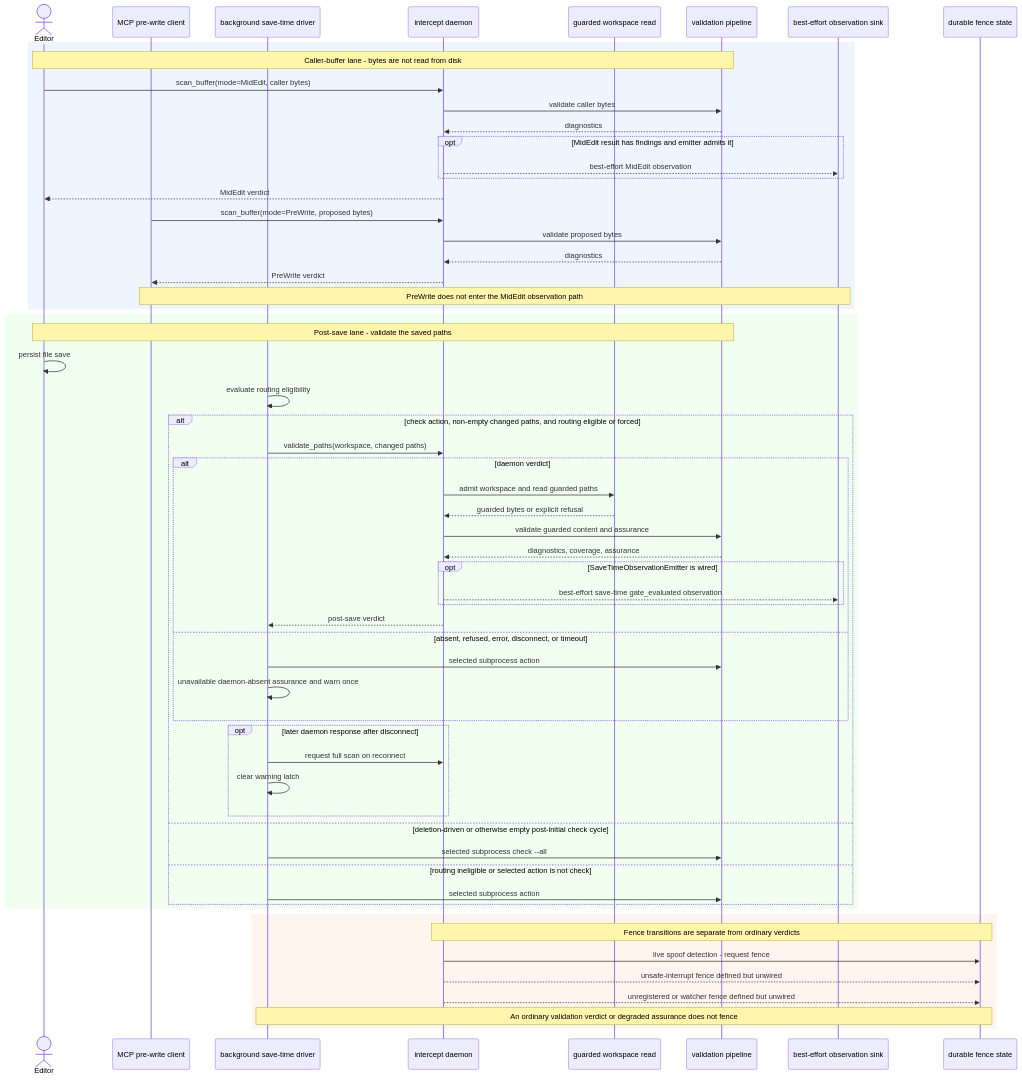
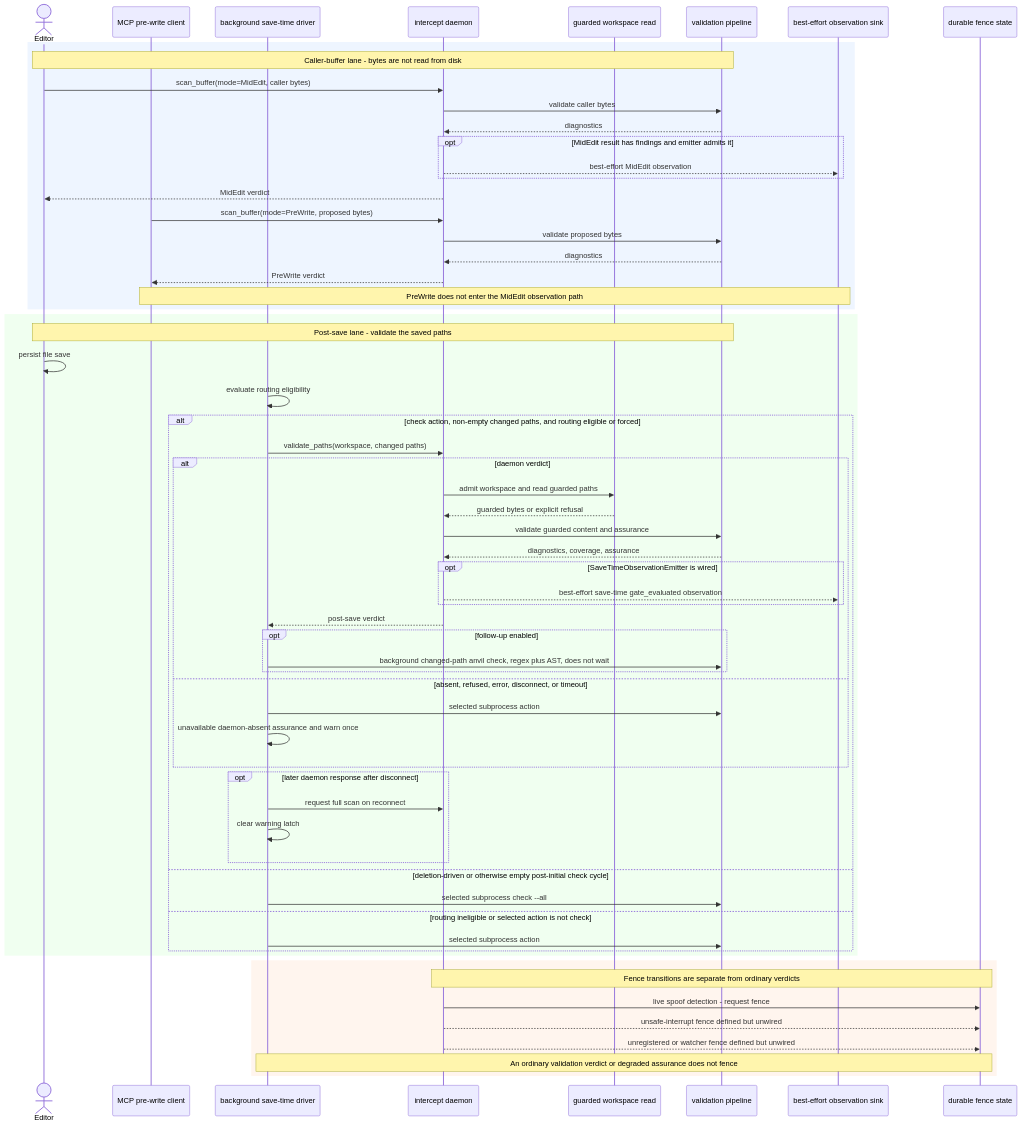
One commit to eddacraft/eddacraft-tui changed the diagram in docs/architecture/save-to-validation.md. Above: the diagram before and after it, drawn with Mermaid. The commit also changed other lines of this file and 3 other files, not shown here.

First line of the commit message:
docs(architecture): record GTAO-003 follow-up on save path

````diff
--- a/docs/architecture/save-to-validation.md
+++ b/docs/architecture/save-to-validation.md
@@ -22,65 +22,68 @@
 ```mermaid
 sequenceDiagram
     actor Editor
     participant MCP as MCP pre-write client
     participant Driver as background save-time driver
     participant Daemon as intercept daemon
     participant Guard as guarded workspace read
     participant Checks as validation pipeline
     participant Observe as best-effort observation sink
     participant Fence as durable fence state
 
     rect rgb(238, 245, 255)
         Note over Editor,Checks: Caller-buffer lane - bytes are not read from disk
         Editor->>Daemon: scan_buffer(mode=MidEdit, caller bytes)
         Daemon->>Checks: validate caller bytes
         Checks-->>Daemon: diagnostics
         opt MidEdit result has findings and emitter admits it
             Daemon-->>Observe: best-effort MidEdit observation
         end
         Daemon-->>Editor: MidEdit verdict
         MCP->>Daemon: scan_buffer(mode=PreWrite, proposed bytes)
         Daemon->>Checks: validate proposed bytes
         Checks-->>Daemon: diagnostics
         Daemon-->>MCP: PreWrite verdict
         Note over MCP,Observe: PreWrite does not enter the MidEdit observation path
     end
 
     rect rgb(240, 255, 240)
         Note over Editor,Checks: Post-save lane - validate the saved paths
         Editor->>Editor: persist file save
         Driver->>Driver: evaluate routing eligibility
         alt check action, non-empty changed paths, and routing eligible or forced
             Driver->>Daemon: validate_paths(workspace, changed paths)
             alt daemon verdict
                 Daemon->>Guard: admit workspace and read guarded paths
                 Guard-->>Daemon: guarded bytes or explicit refusal
                 Daemon->>Checks: validate guarded content and assurance
                 Checks-->>Daemon: diagnostics, coverage, assurance
                 opt SaveTimeObservationEmitter is wired
                     Daemon-->>Observe: best-effort save-time gate_evaluated observation
                 end
                 Daemon-->>Driver: post-save verdict
+                opt follow-up enabled
+                    Driver->>Checks: background changed-path anvil check, regex plus AST, does not wait
+                end
             else absent, refused, error, disconnect, or timeout
                 Driver->>Checks: selected subprocess action
                 Driver->>Driver: unavailable daemon-absent assurance and warn once
             end
             opt later daemon response after disconnect
                 Driver->>Daemon: request full scan on reconnect
                 Driver->>Driver: clear warning latch
             end
         else deletion-driven or otherwise empty post-initial check cycle
             Driver->>Checks: selected subprocess check --all
         else routing ineligible or selected action is not check
             Driver->>Checks: selected subprocess action
         end
     end
 
     rect rgb(255, 245, 238)
         Note over Daemon,Fence: Fence transitions are separate from ordinary verdicts
         Daemon->>Fence: live spoof detection - request fence
         Daemon-->>Fence: unsafe-interrupt fence defined but unwired
         Daemon-->>Fence: unregistered or watcher fence defined but unwired
         Note over Driver,Fence: An ordinary validation verdict or degraded assurance does not fence
     end
 ```
````
